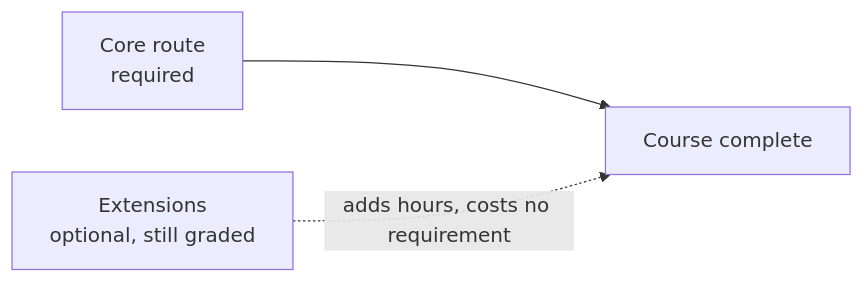
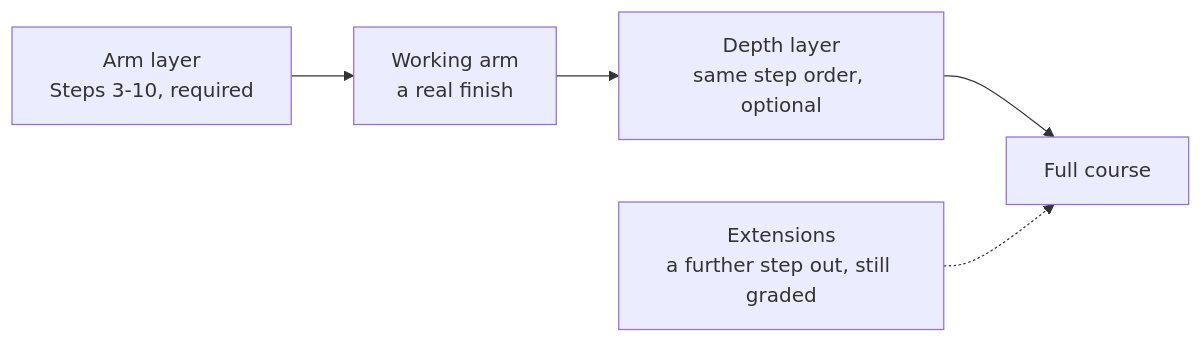
One commit to TLE47/Mechatronics-Roadmap changed the diagram in docs/SIM_ROUTE.md. Above: the diagram before and after it, drawn with Mermaid. The commit also changed other lines of this file and 16 other files, not shown here.

First line of the commit message:
Split the route into arm and depth, and stop teaching a short as no flow

````diff
--- a/docs/SIM_ROUTE.md
+++ b/docs/SIM_ROUTE.md
@@ -24,5 +27,7 @@
 ```mermaid
 flowchart LR
-    Core["Core route<br/>required"] --> Done["Course complete"]
-    Ext["Extensions<br/>optional, still graded"] -.->|"adds hours, costs no requirement"| Done
+    Arm["Arm layer<br/>Steps 3-10, required"] --> ArmDone["Working arm<br/>a real finish"]
+    ArmDone --> Depth["Depth layer<br/>same step order, optional"]
+    Depth --> Done["Full course"]
+    Ext["Extensions<br/>a further step out, still graded"] -.-> Done
 ```
````
